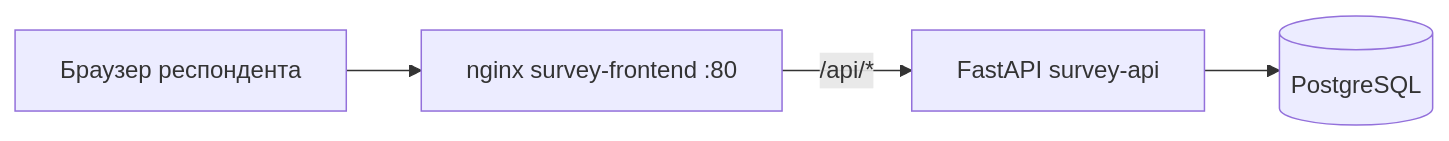
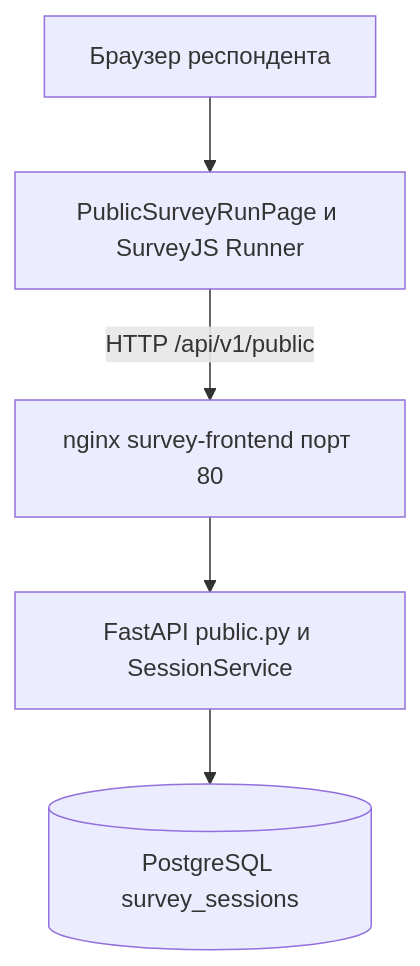
The third of 3 diagrams in docs/vkr-podsystema-provedeniya-anketirovaniya.md (sanya2905/survey-constructor-service), drawn with Mermaid before and after one commit. The commit also changed other lines of this file and 1 other file, not shown here.

````diff
--- a/docs/vkr-podsystema-provedeniya-anketirovaniya.md
+++ b/docs/vkr-podsystema-provedeniya-anketirovaniya.md
@@ -206,11 +136,13 @@
 ```mermaid
-graph LR
+flowchart TD
     B[Браузер респондента]
-    N[nginx survey-frontend :80]
-    A[FastAPI survey-api]
-    D[(PostgreSQL)]
+    P[PublicSurveyRunPage и SurveyJS Runner]
+    N[nginx survey-frontend порт 80]
+    A[FastAPI public.py и SessionService]
+    D[(PostgreSQL survey_sessions)]
 
-    B --> N
-    N -->|/api/*| A
+    B --> P
+    P -->|HTTP /api/v1/public| N
+    N --> A
     A --> D
 ```
````
